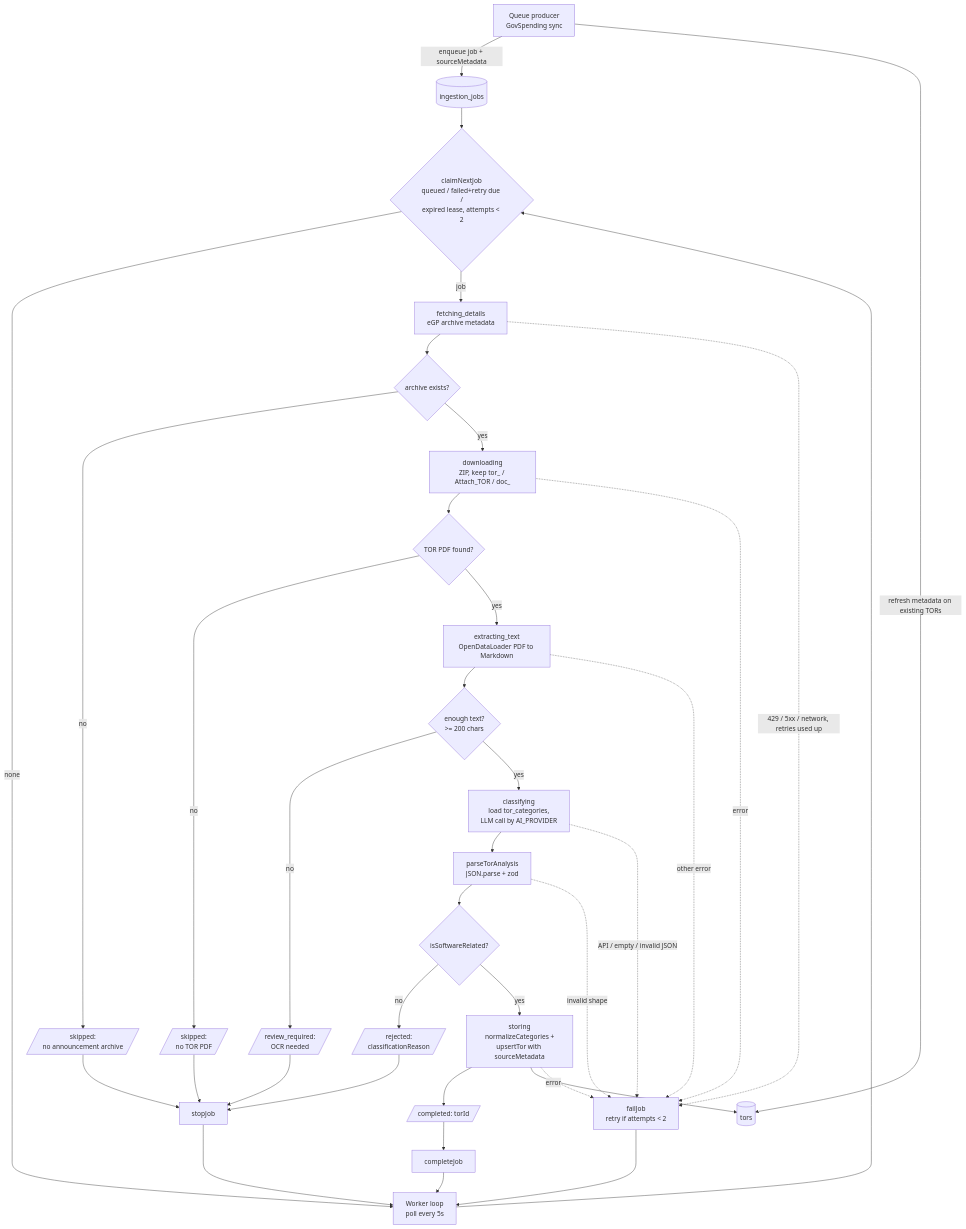
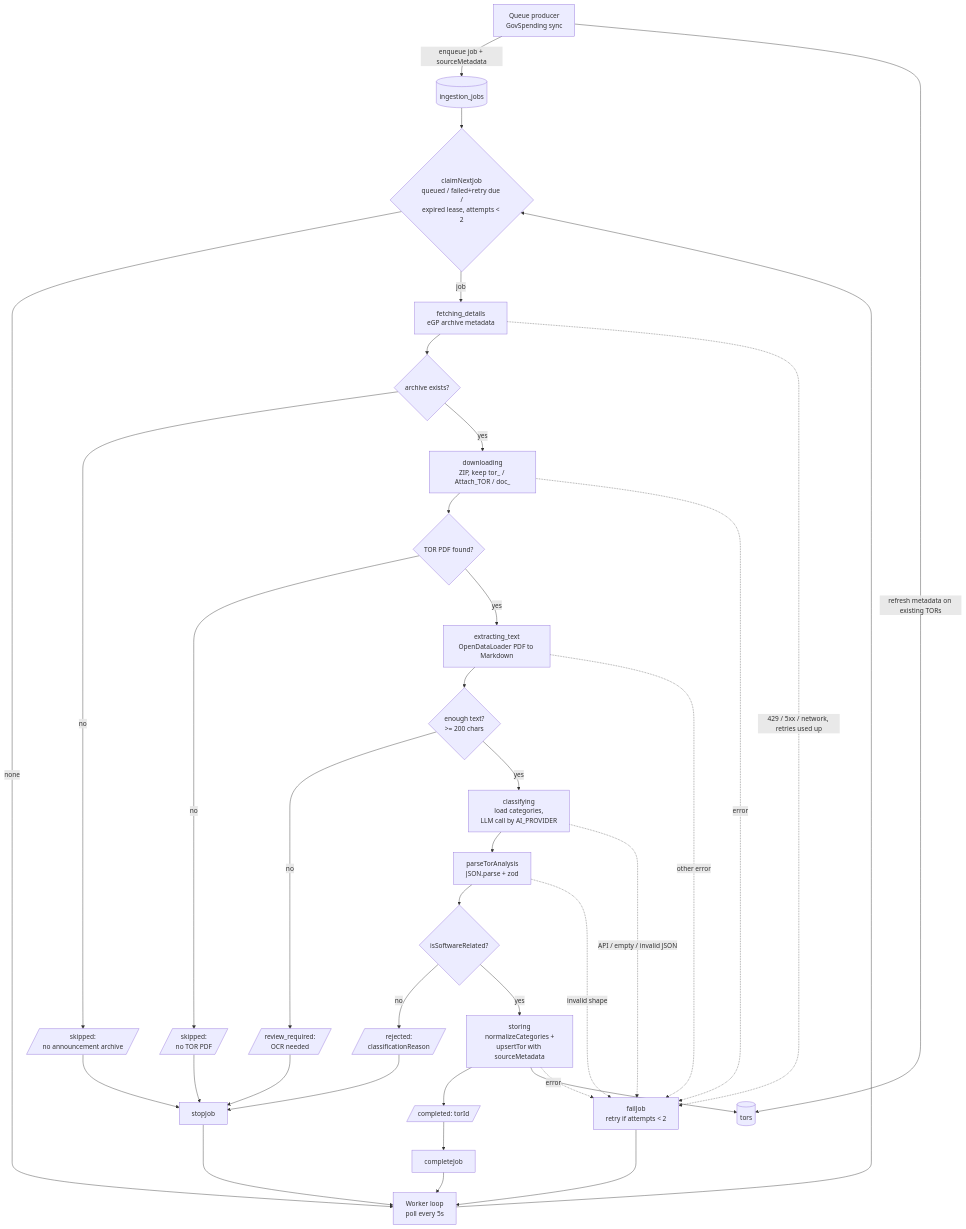
One commit to Doggo-CSP/TORPulse changed the first of 3 diagrams in docs/tor-extractor.md. Above: the diagram before and after it, drawn with Mermaid. The commit also changed other lines of this file and 2 other files, not shown here.

First line of the commit message:
docs: categories collection, admin API and finished-project reports

````diff
--- a/docs/tor-extractor.md
+++ b/docs/tor-extractor.md
@@ -88,39 +91,39 @@
 ```mermaid
 flowchart TD
     P[Queue producer<br/>GovSpending sync] -->|enqueue job + sourceMetadata| Q[(ingestion_jobs)]
     P -->|refresh metadata on existing TORs| T[(tors)]
 
     A[Worker loop<br/>poll every 5s] --> B{claimNextJob<br/>queued / failed+retry due /<br/>expired lease, attempts < 2}
     Q --> B
     B -- none --> A
     B -- job --> C[fetching_details<br/>eGP archive metadata]
     C --> C1{archive exists?}
     C1 -- no --> S1[/skipped:<br/>no announcement archive/]
     C1 -- yes --> D[downloading<br/>ZIP, keep tor_ / Attach_TOR / doc_]
     D --> D1{TOR PDF found?}
     D1 -- no --> S2[/skipped:<br/>no TOR PDF/]
     D1 -- yes --> F[extracting_text<br/>OpenDataLoader PDF to Markdown]
     F --> G{enough text?<br/>>= 200 chars}
     G -- no --> R2[/review_required:<br/>OCR needed/]
-    G -- yes --> H[classifying<br/>load tor_categories,<br/>LLM call by AI_PROVIDER]
+    G -- yes --> H[classifying<br/>load categories,<br/>LLM call by AI_PROVIDER]
     H --> I[parseTorAnalysis<br/>JSON.parse + zod]
     I --> J{isSoftwareRelated?}
     J -- no --> X[/rejected:<br/>classificationReason/]
     J -- yes --> K[storing<br/>normalizeCategories +<br/>upsertTor with sourceMetadata]
     K --> L[/completed: torId/]
     K --> T
 
     C -. 429 / 5xx / network, retries used up .-> Z
     D -. error .-> Z
     F -. other error .-> Z
     H -. API / empty / invalid JSON .-> Z
     I -. invalid shape .-> Z
     K -. error .-> Z
     Z[failJob<br/>retry if attempts < 2] --> A
 
     S1 --> S[stopJob] --> A
     S2 --> S
     R2 --> S
     X --> S
     L --> M[completeJob] --> A
 ```
````
